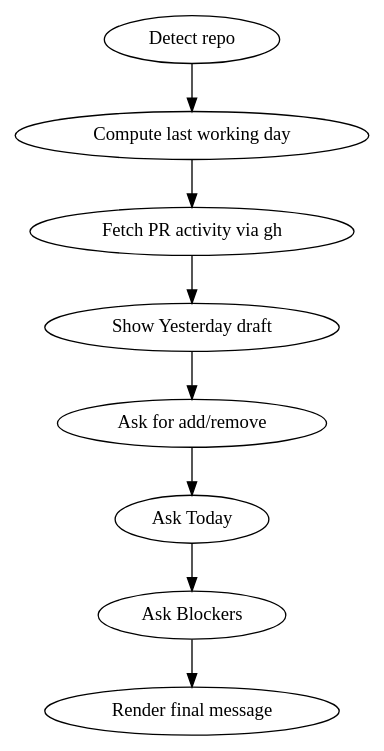
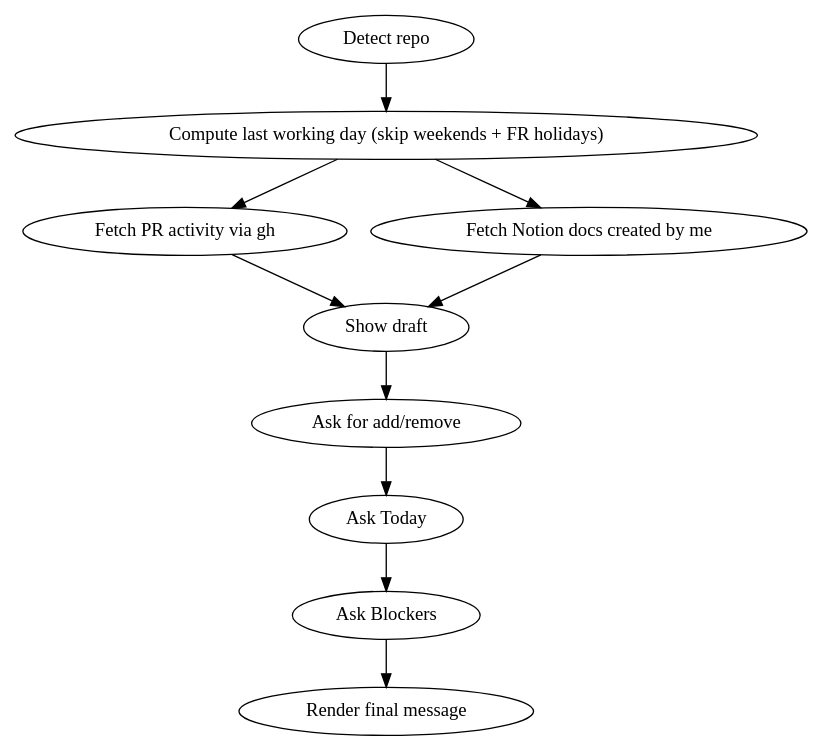
Before and after one commit to loick/dotfiles: the diagram in claude/skills/daily-standup/SKILL.md, drawn with Graphviz. The commit also changed other lines of this file and 9 other files, not shown here.

````diff
--- a/claude/skills/daily-standup/SKILL.md
+++ b/claude/skills/daily-standup/SKILL.md
@@ -24,11 +24,13 @@
 ```dot
 digraph standup {
-  "Detect repo" -> "Compute last working day";
-  "Compute last working day" -> "Fetch PR activity via gh";
-  "Fetch PR activity via gh" -> "Show Yesterday draft";
-  "Show Yesterday draft" -> "Ask for add/remove";
+  "Detect repo" -> "Compute last working day (skip weekends + FR holidays)";
+  "Compute last working day (skip weekends + FR holidays)" -> "Fetch PR activity via gh";
+  "Compute last working day (skip weekends + FR holidays)" -> "Fetch Notion docs created by me";
+  "Fetch PR activity via gh" -> "Show draft";
+  "Fetch Notion docs created by me" -> "Show draft";
+  "Show draft" -> "Ask for add/remove";
   "Ask for add/remove" -> "Ask Today";
   "Ask Today" -> "Ask Blockers";
   "Ask Blockers" -> "Render final message";
 }
 ```
````
